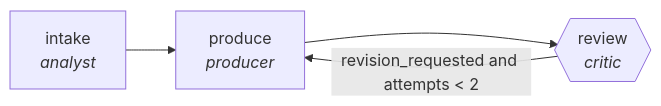
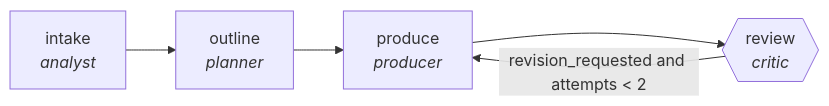
Before and after one commit to ypollak2/agenticgraphs: the diagram in docs/traces/blog-production-pipeline.md, drawn with Mermaid. The commit also changed other lines of this file and 62 other files, not shown here.

````diff
--- a/docs/traces/blog-production-pipeline.md
+++ b/docs/traces/blog-production-pipeline.md
@@ -10,9 +10,11 @@
 ```mermaid
 flowchart LR
     N0["intake<br/><i>analyst</i>"]
-    N1["produce<br/><i>producer</i>"]
-    N2{{"review<br/><i>critic</i>"}}
+    N1["outline<br/><i>planner</i>"]
+    N2["produce<br/><i>producer</i>"]
+    N3{{"review<br/><i>critic</i>"}}
     N0 --> N1
     N1 --> N2
-    N2 -->|revision_requested and attempts < 2| N1
+    N2 --> N3
+    N3 -->|revision_requested and attempts < 2| N2
 ```
````
